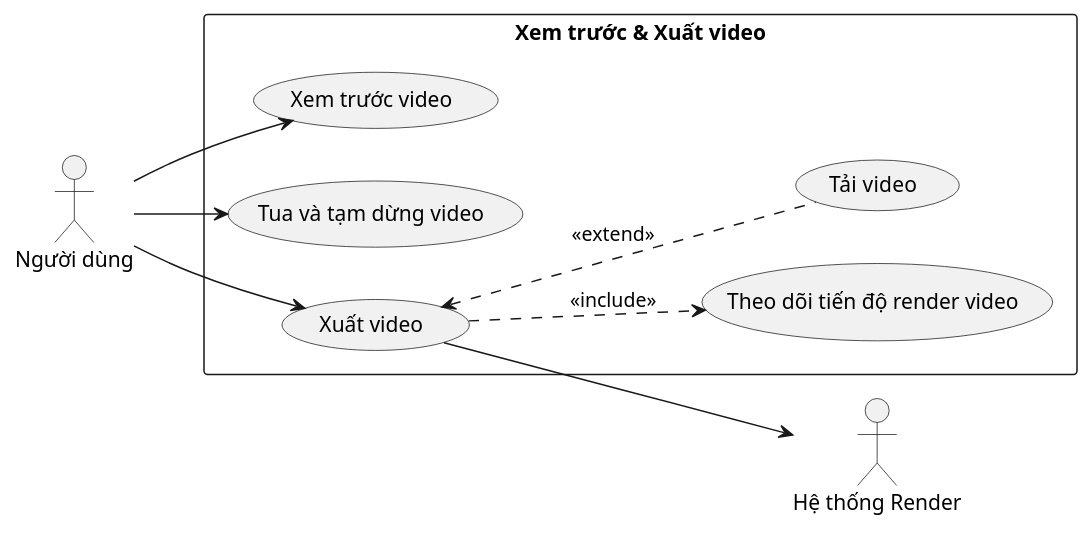
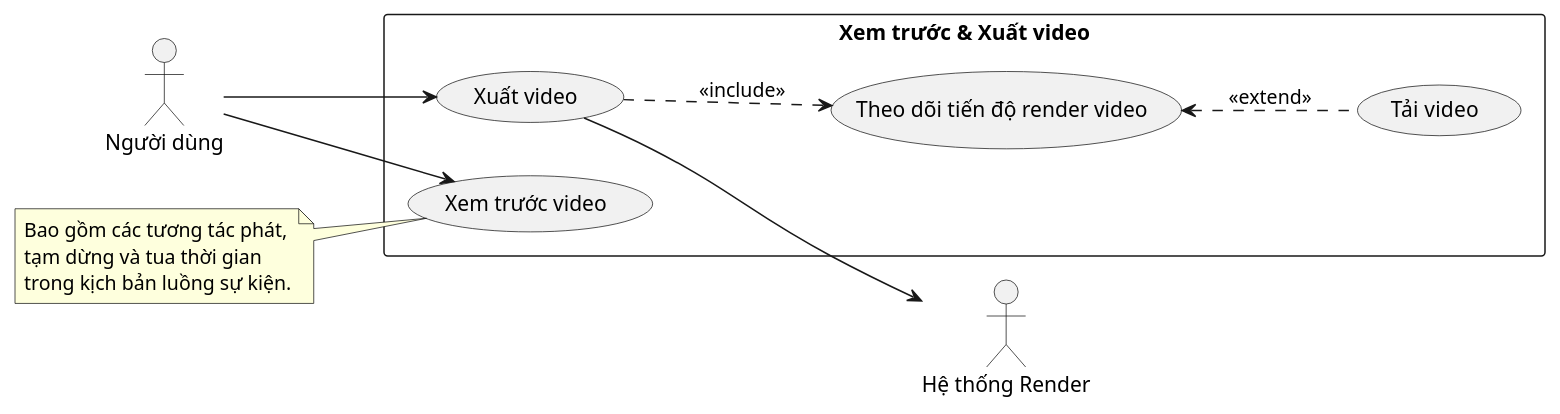
Before and after one commit to 202416852-anhpv/story2video-docs: the diagram in docs/bieu-do-uc/bieu-do-uc-chi-tiet/make/dung-va-xuat-video/xem-truoc-va-xuat-video.puml, drawn with PlantUML. The commit also changed 5 other files, not shown here.

Commit message:
docs(use-case): chuẩn hóa quan hệ và liên kết luồng nghiệp vụ dựng video

```diff
--- a/docs/bieu-do-uc/bieu-do-uc-chi-tiet/make/dung-va-xuat-video/xem-truoc-va-xuat-video.puml
+++ b/docs/bieu-do-uc/bieu-do-uc-chi-tiet/make/dung-va-xuat-video/xem-truoc-va-xuat-video.puml
@@ -1,23 +1,27 @@
 @startuml xem-truoc-va-xuat-video
 left to right direction
 
 actor "Người dùng" as User
 actor "Hệ thống Render" as Render_Service
 
 rectangle "Xem trước & Xuất video" {
     usecase "Xem trước video" as UC_01
-    usecase "Tua và tạm dừng video" as UC_02
     usecase "Xuất video" as UC_04
     usecase "Theo dõi tiến độ render video" as UC_05
     usecase "Tải video" as UC_06
 }
 
 User --> UC_01
-User --> UC_02
 User --> UC_04
 
 UC_04 ..> UC_05 : <<include>>
-UC_04 <.. UC_06 : <<extend>>
+UC_05 <.. UC_06 : <<extend>>
 
 UC_04 --> Render_Service
+
+note left of UC_01
+  Bao gồm các tương tác phát,
+  tạm dừng và tua thời gian
+  trong kịch bản luồng sự kiện.
+end note
 @enduml
```
